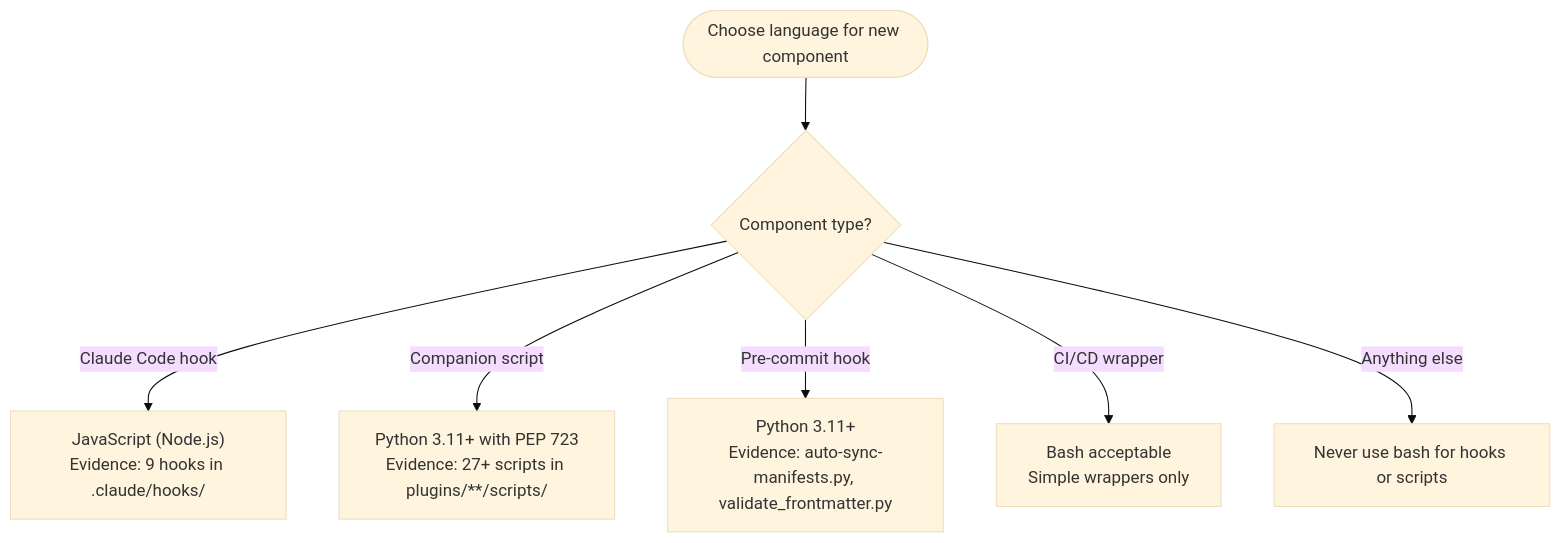
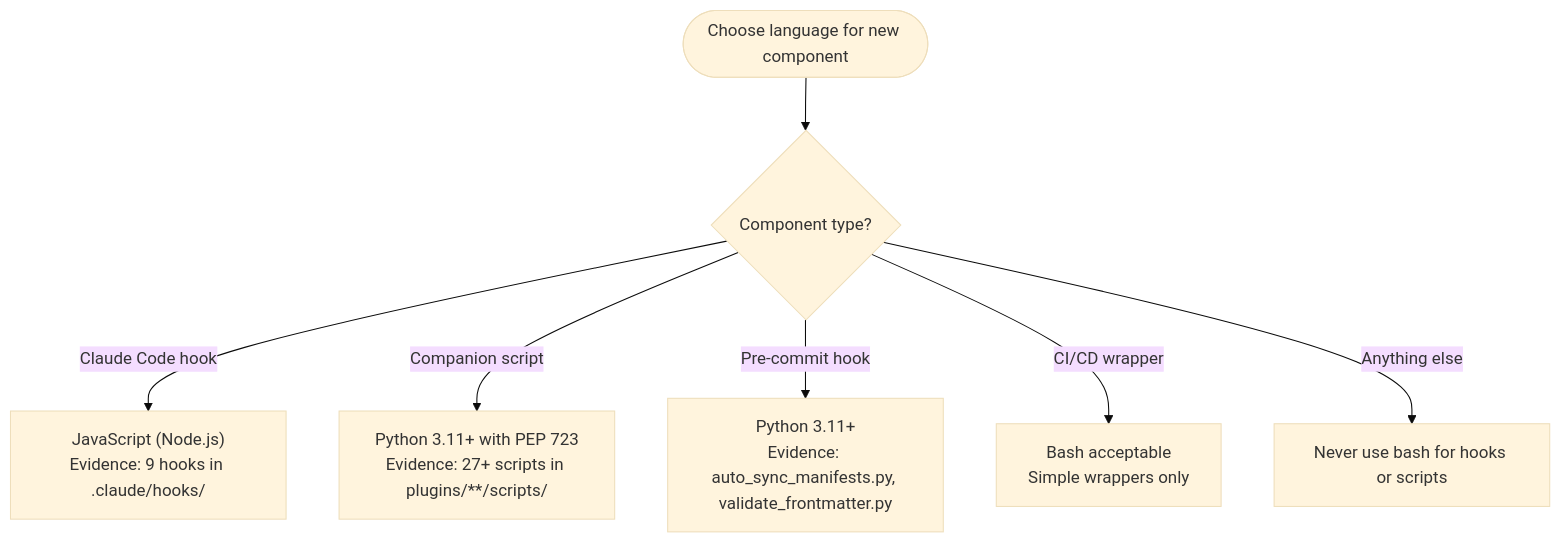
The third of 5 diagrams in .claude/CLAUDE.md (chgreer1070/claude_skills), drawn with Mermaid (base theme) before and after one commit. The commit also changed other lines of this file and 92 other files, not shown here.

````diff
--- a/.claude/CLAUDE.md
+++ b/.claude/CLAUDE.md
@@ -93,9 +93,9 @@
 ```mermaid
 flowchart TD
     Start([Choose language for new component]) --> Q{Component type?}
     Q -->|Claude Code hook| JS["JavaScript (Node.js)<br>Evidence: 9 hooks in .claude/hooks/"]
     Q -->|Companion script| PY["Python 3.11+ with PEP 723<br>Evidence: 27+ scripts in plugins/**/scripts/"]
-    Q -->|Pre-commit hook| PY2["Python 3.11+<br>Evidence: auto-sync-manifests.py, validate_frontmatter.py"]
+    Q -->|Pre-commit hook| PY2["Python 3.11+<br>Evidence: auto_sync_manifests.py, validate_frontmatter.py"]
     Q -->|CI/CD wrapper| Bash["Bash acceptable<br>Simple wrappers only"]
     Q -->|Anything else| Never["Never use bash for hooks or scripts"]
 ```
````
